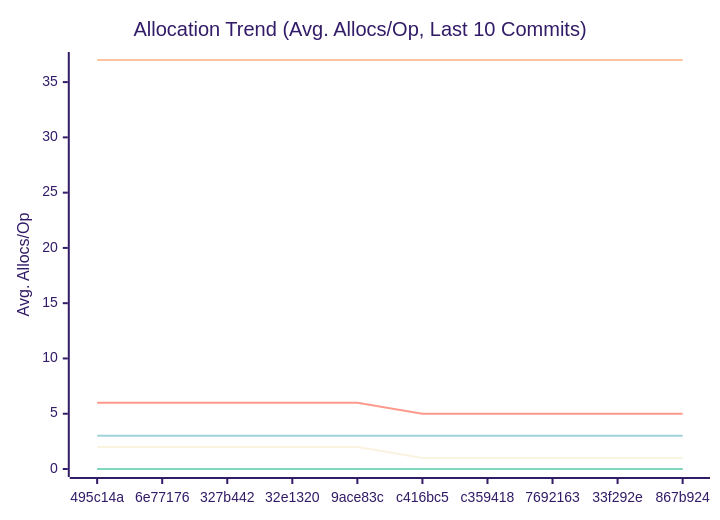
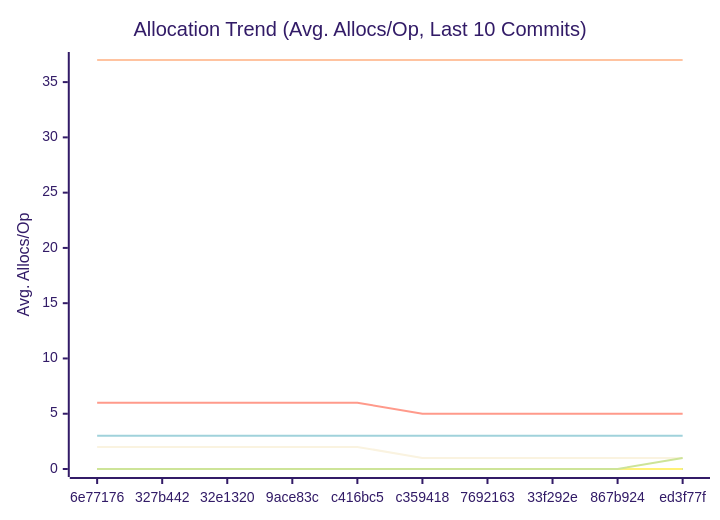
Before and after one commit to alsotoes/momo: the third of 3 diagrams in docs/PERFORMANCE.md, drawn with Mermaid (forest theme). The commit also changed other lines of this file and 3 other files, not shown here.

Commit message:
fix: optimize SanitizeLog with single-pass strings.Builder and fast-path (#718)

````diff
--- a/docs/PERFORMANCE.md
+++ b/docs/PERFORMANCE.md
@@ -164,16 +176,18 @@
 ```mermaid
 xychart-beta
     title "Allocation Trend (Avg. Allocs/Op, Last 10 Commits)"
     x-axis "Commit"
     y-axis "Avg. Allocs/Op"
-    x-axis [495c14a,6e77176,327b442,32e1320,9ace83c,c416bc5,c359418,7692163,33f292e,867b924]
+    x-axis [6e77176,327b442,32e1320,9ace83c,c416bc5,c359418,7692163,33f292e,867b924,ed3f77f]
     line "CheckMetricsAndSwap" [0,0,0,0,0,0,0,0,0,0]
     line "CrushOptimized" [0,0,0,0,0,0,0,0,0,0]
     line "CrushOriginal" [3,3,3,3,3,3,3,3,3,3]
     line "IndexDirectTracking" [0,0,0,0,0,0,0,0,0,0]
     line "IndexSearch" [0,0,0,0,0,0,0,0,0,0]
     line "LoadGlobalConfig" [37,37,37,37,37,37,37,37,37,37]
     line "PadString" [0,0,0,0,0,0,0,0,0,0]
     line "ParseReplicationOrder_NoPrealloc" [6,6,6,6,6,5,5,5,5,5]
     line "ParseReplicationOrder_Prealloc" [2,2,2,2,2,1,1,1,1,1]
+    line "SanitizeLog/Safe" [0,0,0,0,0,0,0,0,0,0]
+    line "SanitizeLog/Unsafe" [0,0,0,0,0,0,0,0,0,1]
 ```
````
